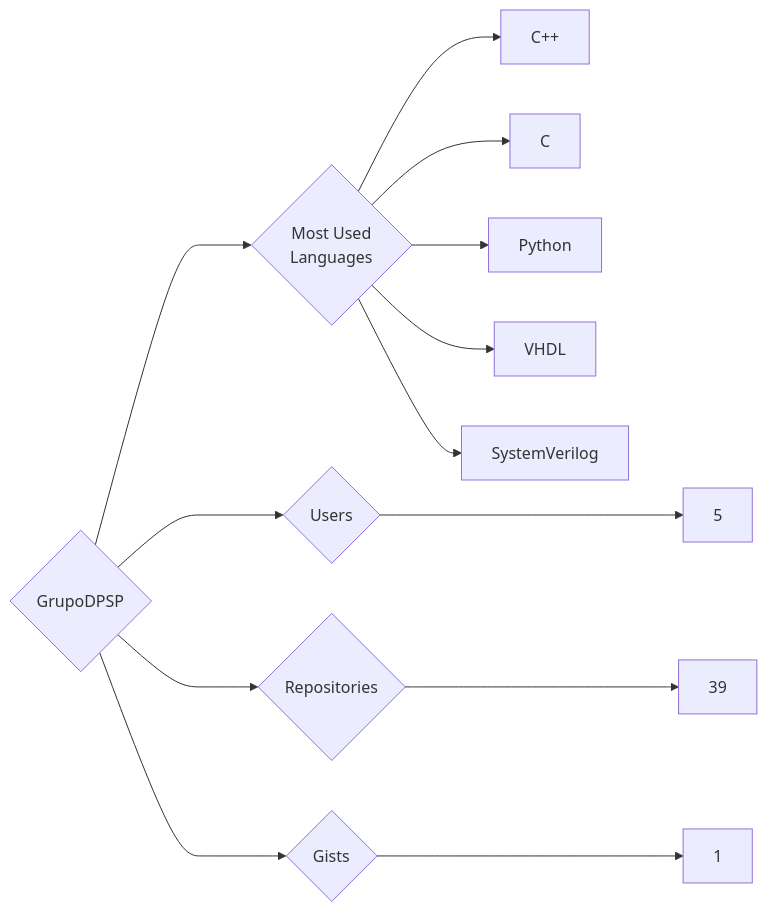
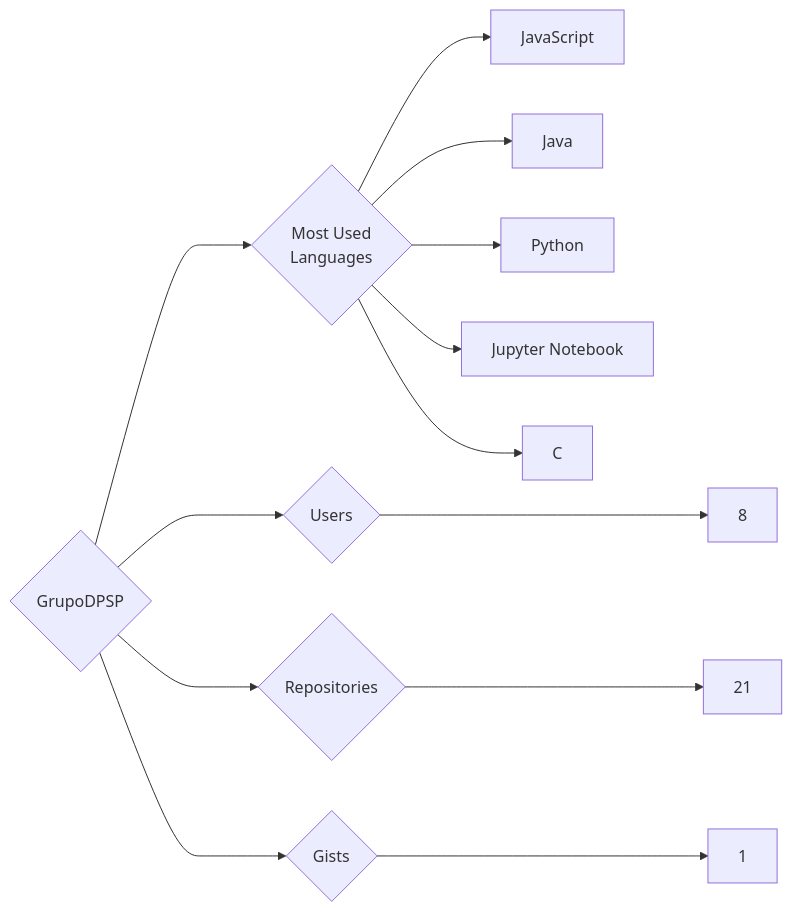
The diagram in targets/GrupoDPSP/README.md (trickest/insiders), drawn with Mermaid before and after one commit. The commit also changed 1003 other files, not shown here.

````diff
--- a/targets/GrupoDPSP/README.md
+++ b/targets/GrupoDPSP/README.md
@@ -3,13 +3,13 @@
 ```mermaid
 graph LR
 COMPANY_NAME{GrupoDPSP}
-COMPANY_NAME ---> U{Users} ---> UN[5]
-COMPANY_NAME ---> R{Repositories} ---> RN[39]
+COMPANY_NAME ---> U{Users} ---> UN[8]
+COMPANY_NAME ---> R{Repositories} ---> RN[21]
 COMPANY_NAME ---> G{Gists} ---> GN[1]
 COMPANY_NAME ---> ML{Most Used<br>Languages}
-ML --> C++[C++]
+ML --> JavaScript[JavaScript]
+ML --> Java[Java]
+ML --> Python[Python]
+ML --> Jupyter_Notebook[Jupyter Notebook]
 ML --> C[C]
-ML --> Python[Python]
-ML --> VHDL[VHDL]
-ML --> SystemVerilog[SystemVerilog]
 ```
````
